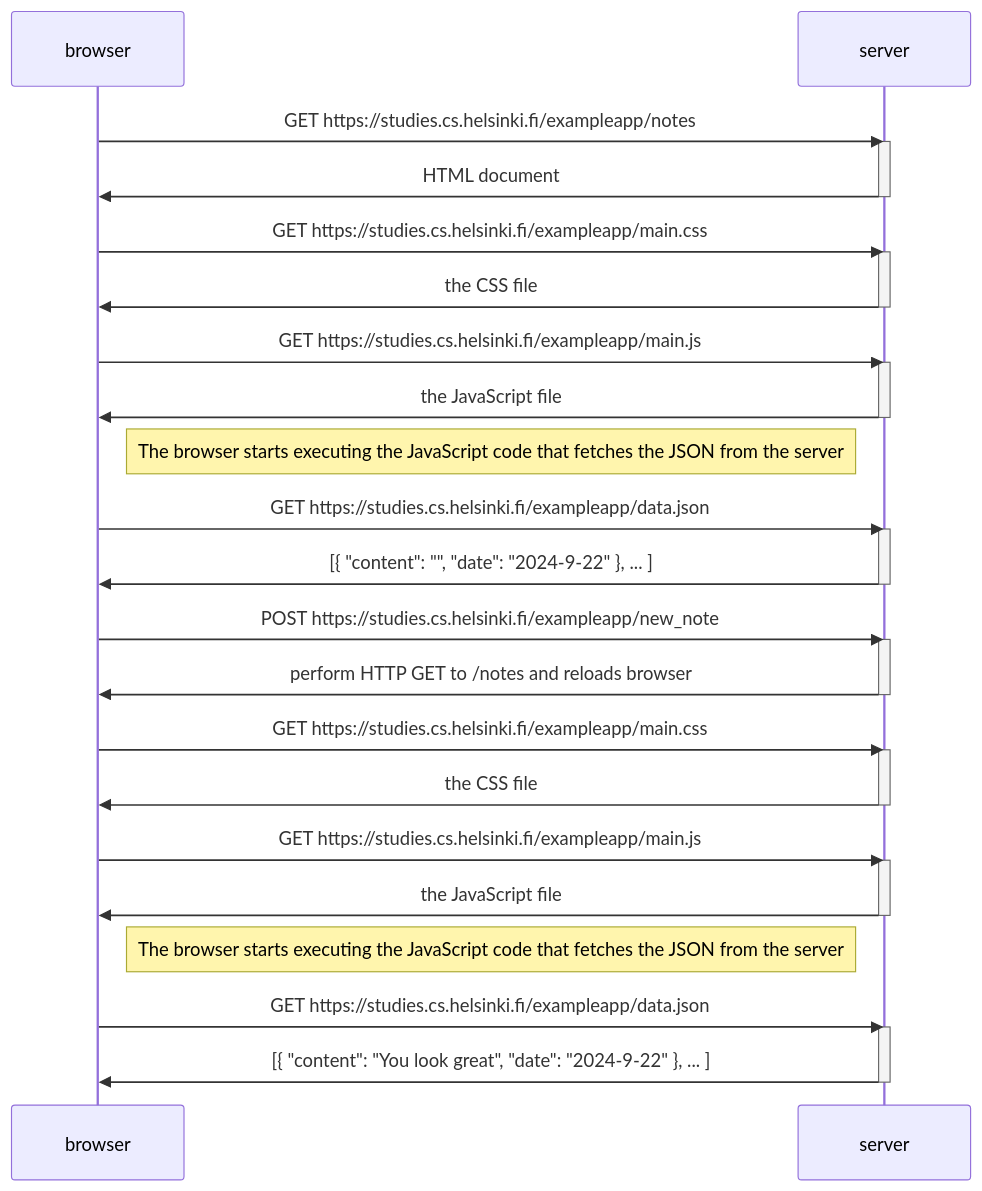
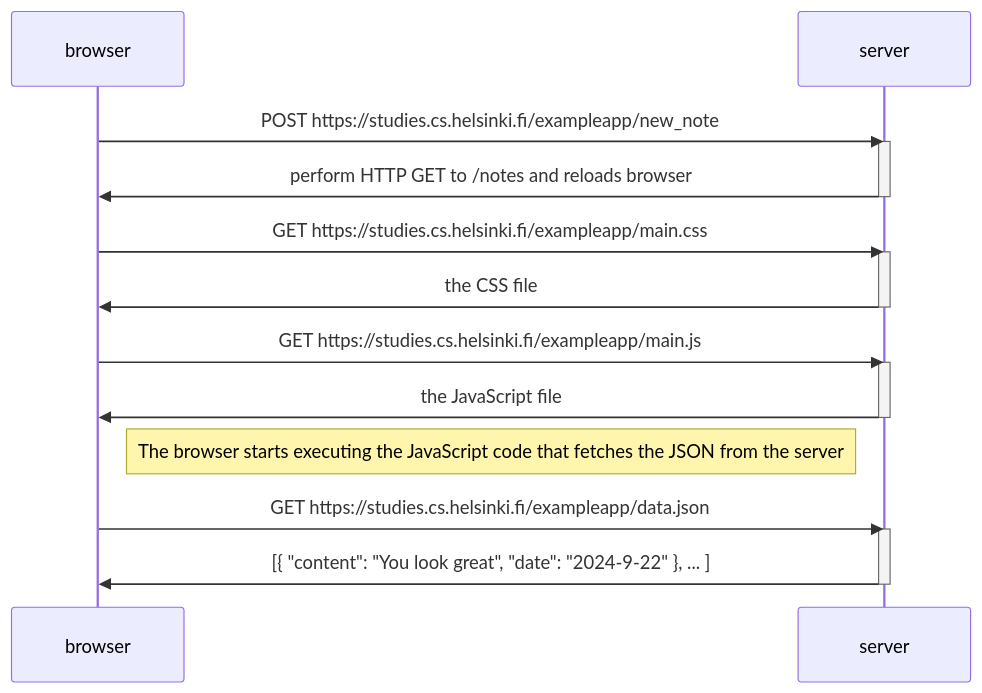
Before and after one commit to Leo-Ying314/fullstack: the diagram in part0/newNote.md, drawn with Mermaid.

Commit message:
Edit diagram logic

````diff
--- a/part0/newNote.md
+++ b/part0/newNote.md
@@ -1,49 +1,27 @@
 ```mermaid
 sequenceDiagram
   participant browser
   participant server
-
-  browser->>server: GET https://studies.cs.helsinki.fi/exampleapp/notes
-  activate server
-  server->>browser: HTML document
-  deactivate server
-
-  browser->>server: GET https://studies.cs.helsinki.fi/exampleapp/main.css
-  activate server
-  server->>browser: the CSS file
-  deactivate server
-
-  browser->>server: GET https://studies.cs.helsinki.fi/exampleapp/main.js
-  activate server
-  server->>browser: the JavaScript file
-  deactivate server
-
-  Note right of browser: The browser starts executing the JavaScript code that fetches the JSON from the server
-
-  browser->>server: GET https://studies.cs.helsinki.fi/exampleapp/data.json
-  activate server
-  server->>browser: [{ "content": "", "date": "2024-9-22" }, ... ]
-  deactivate server
 
   browser->>server: POST https://studies.cs.helsinki.fi/exampleapp/new_note
   activate server
   server->>browser: perform HTTP GET to /notes and reloads browser
   deactivate server
 
   browser->>server: GET https://studies.cs.helsinki.fi/exampleapp/main.css
   activate server
   server->>browser: the CSS file
   deactivate server
 
   browser->>server: GET https://studies.cs.helsinki.fi/exampleapp/main.js
   activate server
   server->>browser: the JavaScript file
   deactivate server
 
   Note right of browser: The browser starts executing the JavaScript code that fetches the JSON from the server
 
   browser->>server: GET https://studies.cs.helsinki.fi/exampleapp/data.json
   activate server
   server->>browser: [{ "content": "You look great", "date": "2024-9-22" }, ... ]
   deactivate server
 ```
````
